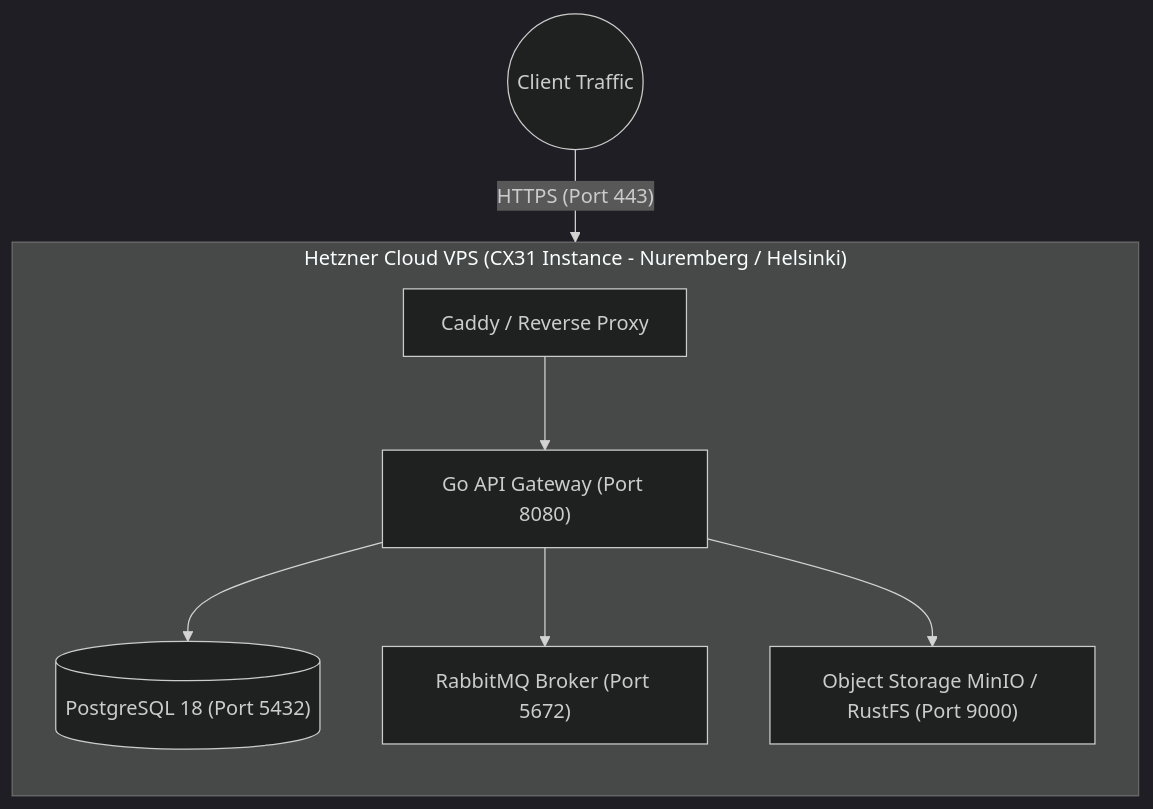
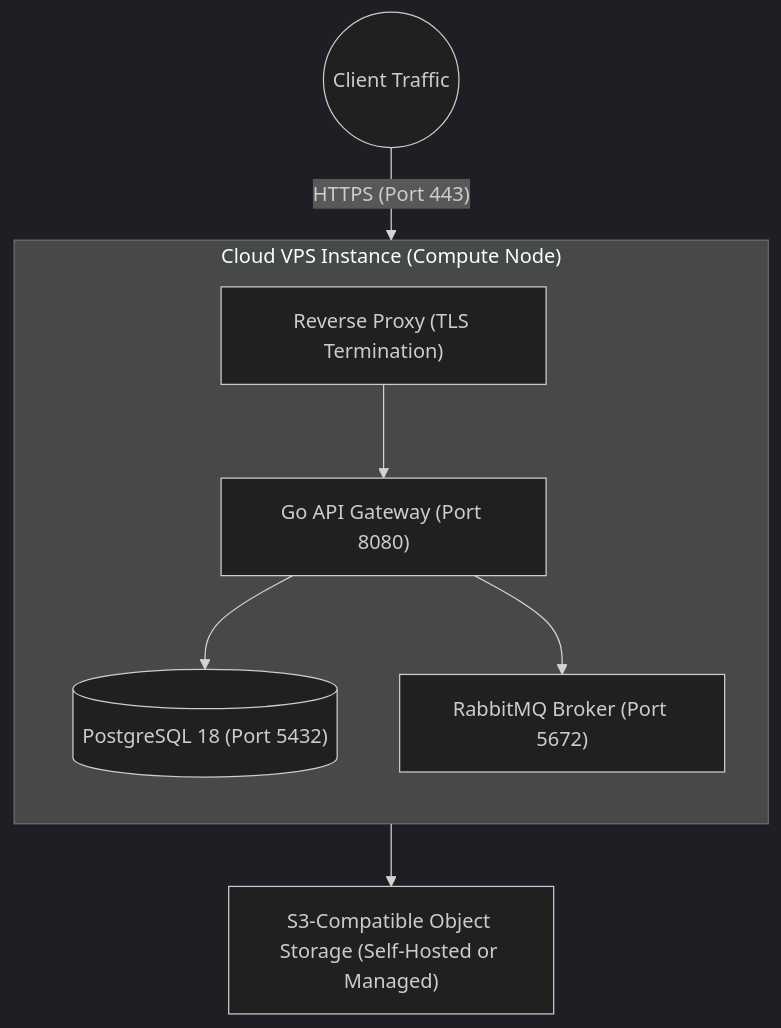
The diagram in docs/Ascension/developer/architecture/benchmark/cloud-hosting.md (Ascension-EIP/Ascension), drawn with Mermaid (dark theme) before and after one commit. The commit also changed other lines of this file and 1 other file, not shown here.

Commit message:
docs(architecture): update cloud hosting and object storage documentation to reflect transition to OVHcloud

````diff
--- a/docs/Ascension/developer/architecture/benchmark/cloud-hosting.md
+++ b/docs/Ascension/developer/architecture/benchmark/cloud-hosting.md
@@ -29,12 +29,12 @@
 ```mermaid
 flowchart TB
-    Internet((Client Traffic)) -->|"HTTPS (Port 443)"| Proxy["Caddy / Reverse Proxy"]
-    subgraph Host ["Hetzner Cloud VPS (CX31 Instance - Nuremberg / Helsinki)"]
+    Internet((Client Traffic)) -->|"HTTPS (Port 443)"| Proxy["Reverse Proxy (TLS Termination)"]
+    subgraph Host ["Cloud VPS Instance (Compute Node)"]
         direction TB
         Proxy --> Gateway["Go API Gateway (Port 8080)"]
         Gateway --> DB[("PostgreSQL 18 (Port 5432)")]
         Gateway --> Broker["RabbitMQ Broker (Port 5672)"]
-        Gateway --> Storage["Object Storage MinIO / RustFS (Port 9000)"]
     end
+    Gateway --> Storage["S3-Compatible Object Storage (Self-Hosted or Managed)"]
 
 ```
````
